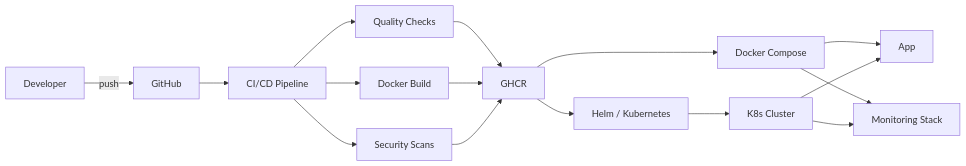
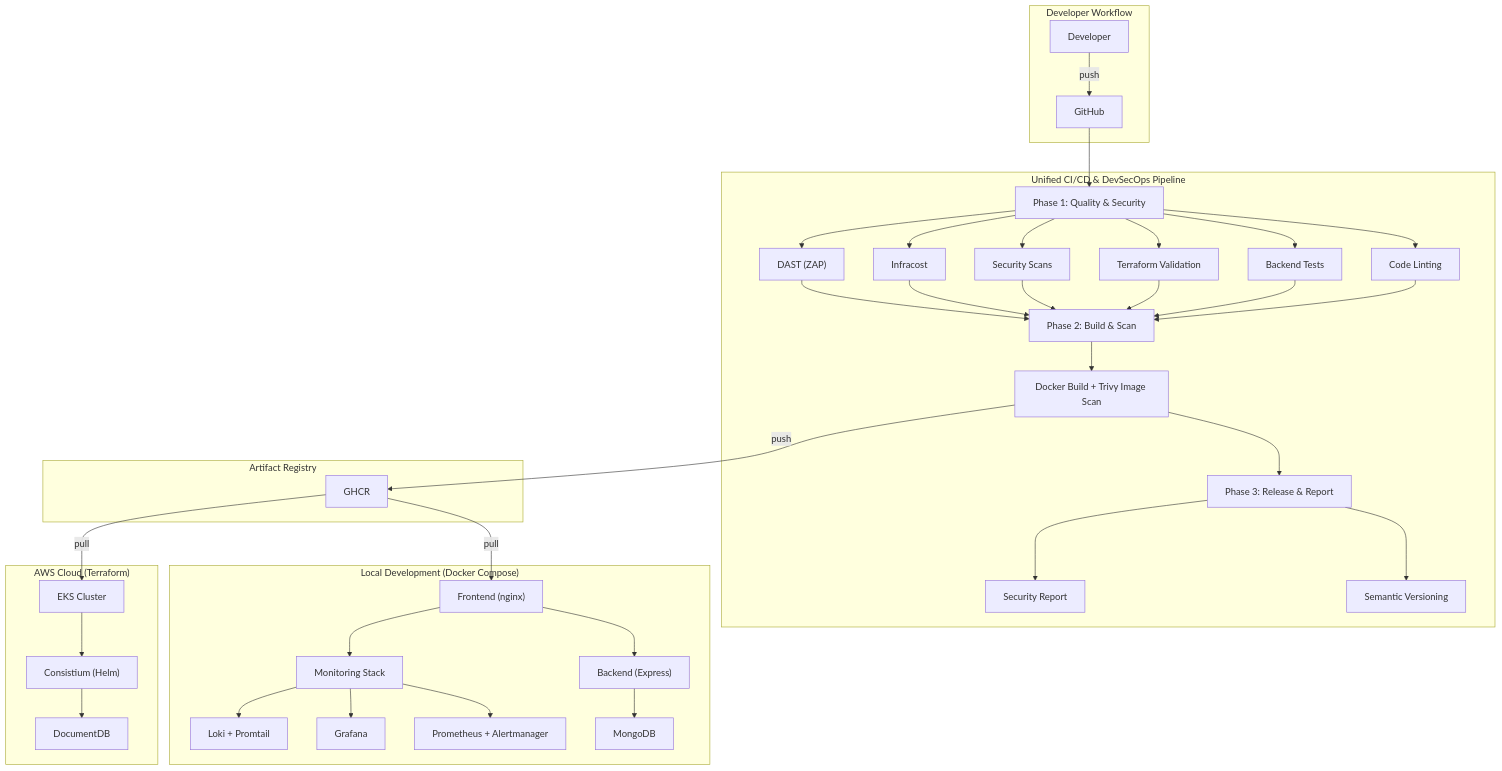
Before and after one commit to Kalpanapramodya97/consistium: the diagram in docs/devops/README.md, drawn with Mermaid. The commit also changed other lines of this file and 5 other files, not shown here.

````diff
--- a/docs/devops/README.md
+++ b/docs/devops/README.md
@@ -42,18 +100,41 @@
 ```mermaid
-graph LR
-    A["Developer"] -->|push| B["GitHub"]
-    B --> C["CI/CD Pipeline"]
-    C --> D["Quality Checks"]
-    C --> E["Docker Build"]
-    C --> F["Security Scans"]
-    D --> G["GHCR"]
-    E --> G
-    F --> G
-    G --> H["Docker Compose"]
-    G --> K["Helm / Kubernetes"]
-    H --> I["App"]
-    H --> J["Monitoring Stack"]
-    K --> L["K8s Cluster"]
-    L --> I
-    L --> J
+graph TB
+    subgraph Dev["Developer Workflow"]
+        A["Developer"] -->|push| B["GitHub"]
+    end
+
+    subgraph Pipeline["Unified CI/CD & DevSecOps Pipeline"]
+        B --> C["Phase 1: Quality & Security"]
+        C --> C1["Code Linting"]
+        C --> C2["Backend Tests"]
+        C --> C3["Terraform Validation"]
+        C --> C4["Security Scans"]
+        C --> C5["Infracost"]
+        C --> C6["DAST (ZAP)"]
+        C1 & C2 & C3 & C4 & C5 & C6 --> D["Phase 2: Build & Scan"]
+        D --> D1["Docker Build + Trivy Image Scan"]
+        D1 --> E["Phase 3: Release & Report"]
+        E --> E1["Semantic Versioning"]
+        E --> E2["Security Report"]
+    end
+
+    subgraph Registry["Artifact Registry"]
+        D1 -->|push| F["GHCR"]
+    end
+
+    subgraph Local["Local Development (Docker Compose)"]
+        F -->|pull| G["Frontend (nginx)"]
+        G --> H["Backend (Express)"]
+        H --> I["MongoDB"]
+        G --> J["Monitoring Stack"]
+        J --> J1["Prometheus + Alertmanager"]
+        J --> J2["Grafana"]
+        J --> J3["Loki + Promtail"]
+    end
+
+    subgraph AWS["AWS Cloud (Terraform)"]
+        F -->|pull| K["EKS Cluster"]
+        K --> K1["Consistium (Helm)"]
+        K1 --> L["DocumentDB"]
+    end
 ```
````
